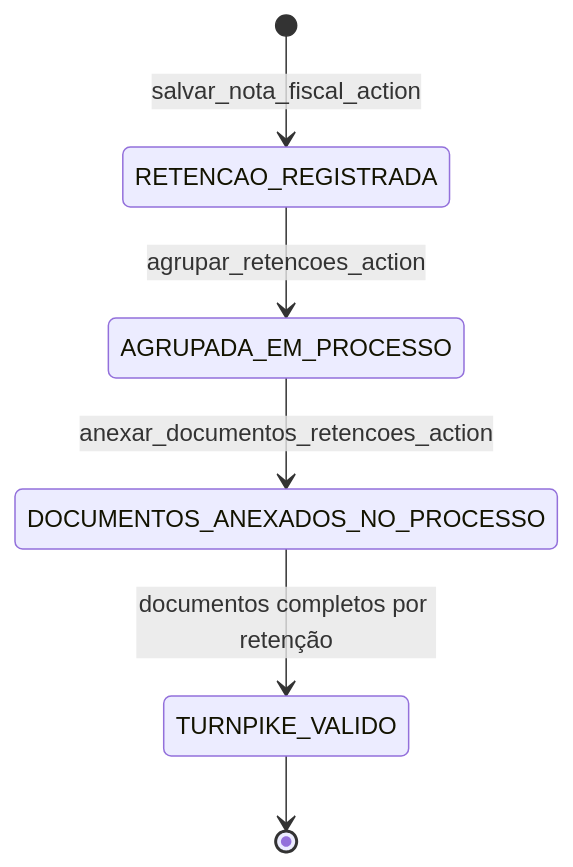
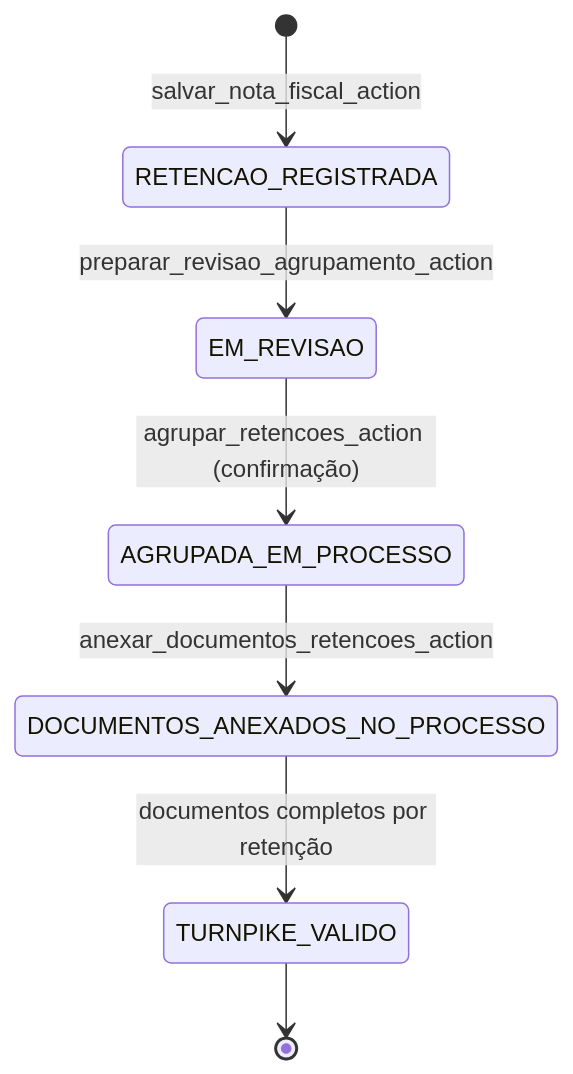
One commit to BS15/DjangoProject changed the diagram in docs/fluxos/retencoes.md. Above: the diagram before and after it, drawn with Mermaid. The commit also changed other lines of this file, not shown here.

First line of the commit message:
docs: rewrite retention flow doc to reflect review/confirmation step

````diff
--- a/docs/fluxos/retencoes.md
+++ b/docs/fluxos/retencoes.md
@@ -9,8 +9,9 @@
 ```mermaid
 stateDiagram-v2
     [*] --> RETENCAO_REGISTRADA : salvar_nota_fiscal_action
-    RETENCAO_REGISTRADA --> AGRUPADA_EM_PROCESSO : agrupar_retencoes_action
+    RETENCAO_REGISTRADA --> EM_REVISAO : preparar_revisao_agrupamento_action
+    EM_REVISAO --> AGRUPADA_EM_PROCESSO : agrupar_retencoes_action (confirmação)
     AGRUPADA_EM_PROCESSO --> DOCUMENTOS_ANEXADOS_NO_PROCESSO : anexar_documentos_retencoes_action
     DOCUMENTOS_ANEXADOS_NO_PROCESSO --> TURNPIKE_VALIDO : documentos completos por retenção
     TURNPIKE_VALIDO --> [*]
 ```
````
